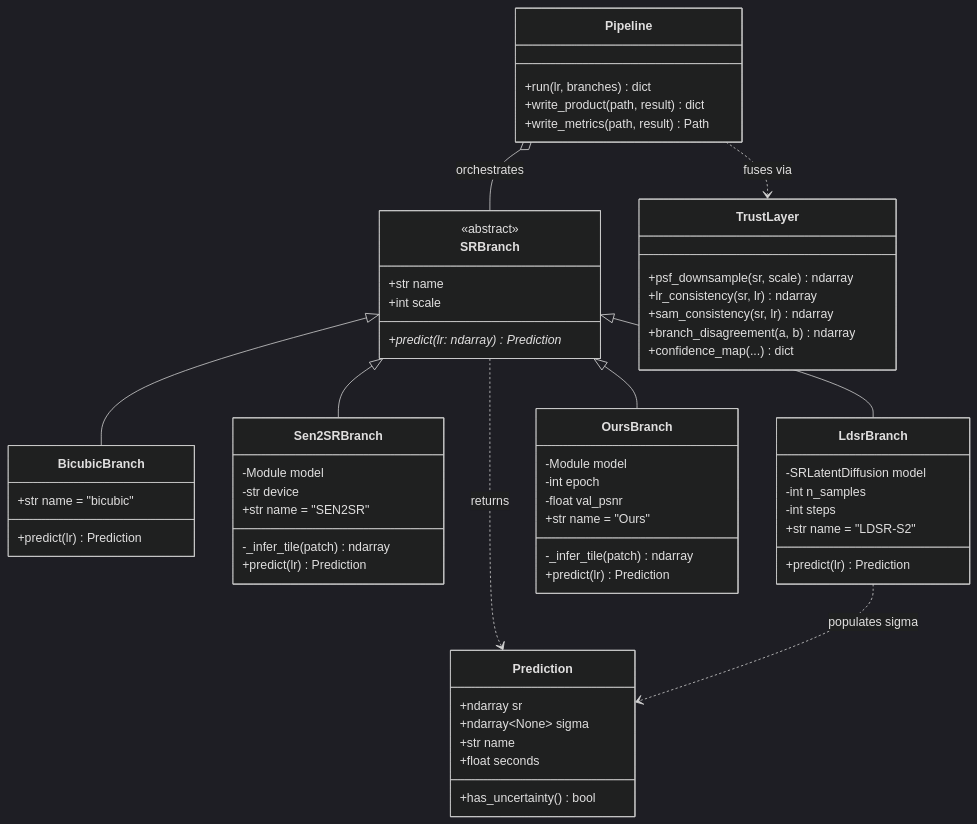
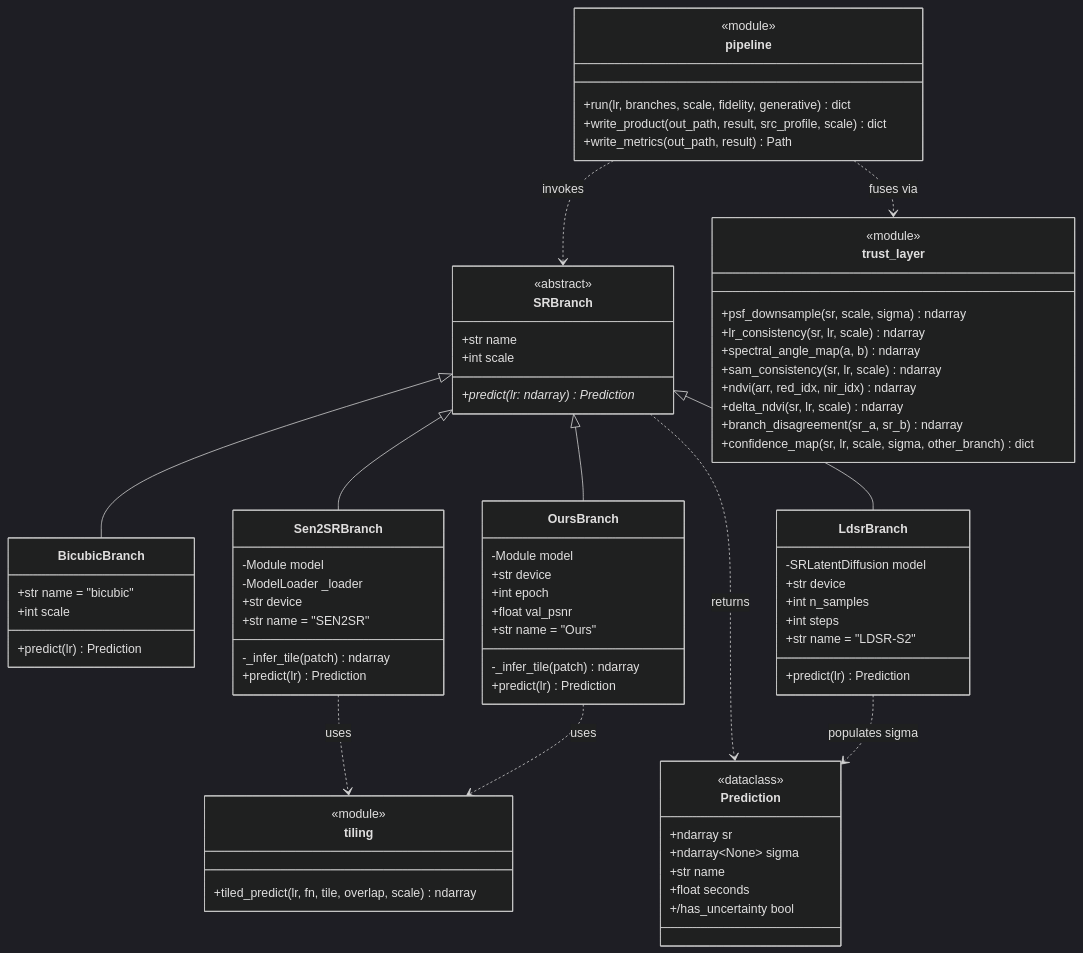
The second of 7 diagrams in docs/diagrams.md (Vaibhav-Verma2115/sutram-srm), drawn with Mermaid (dark theme) before and after one commit. The commit also changed other lines of this file, not shown here.

Commit message:
Correct UML class diagram against actual source
pipeline.py and trust/layer.py are modules of functions, not classes -- now
carry <<module>> stereotypes so a reviewer is not sent looking for types that
do not exist. Also: Pipeline->SRBranch is a dependency not an aggregation
(branches are passed in, not owned); has_uncertainty is a property; device
fields added to Ldsr and Ours; tiling module added as a real dependency of the
two branches that use it.

````diff
--- a/docs/diagrams.md
+++ b/docs/diagrams.md
@@ -70,70 +74,79 @@
 ```mermaid
 classDiagram
     class SRBranch {
         <<abstract>>
         +str name
         +int scale
         +predict(lr: ndarray) Prediction*
     }
-
     class Prediction {
+        <<dataclass>>
         +ndarray sr
         +ndarray~None~ sigma
         +str name
         +float seconds
-        +has_uncertainty() bool
+        +/has_uncertainty bool
     }
-
     class BicubicBranch {
         +str name = "bicubic"
+        +int scale
         +predict(lr) Prediction
     }
-
     class Sen2SRBranch {
         -Module model
-        -str device
+        -ModelLoader _loader
+        +str device
         +str name = "SEN2SR"
         -_infer_tile(patch) ndarray
         +predict(lr) Prediction
     }
-
     class LdsrBranch {
         -SRLatentDiffusion model
-        -int n_samples
-        -int steps
+        +str device
+        +int n_samples
+        +int steps
         +str name = "LDSR-S2"
         +predict(lr) Prediction
     }
-
     class OursBranch {
         -Module model
-        -int epoch
-        -float val_psnr
+        +str device
+        +int epoch
+        +float val_psnr
         +str name = "Ours"
         -_infer_tile(patch) ndarray
         +predict(lr) Prediction
     }
-
-    class TrustLayer {
-        +psf_downsample(sr, scale) ndarray
-        +lr_consistency(sr, lr) ndarray
-        +sam_consistency(sr, lr) ndarray
-        +branch_disagreement(a, b) ndarray
-        +confidence_map(...) dict
+    class pipeline {
+        <<module>>
+        +run(lr, branches, scale, fidelity, generative) dict
+        +write_product(out_path, result, src_profile, scale) dict
+        +write_metrics(out_path, result) Path
     }
-
-    class Pipeline {
-        +run(lr, branches) dict
-        +write_product(path, result) dict
-        +write_metrics(path, result) Path
+    class trust_layer {
+        <<module>>
+        +psf_downsample(sr, scale, sigma) ndarray
+        +lr_consistency(sr, lr, scale) ndarray
+        +spectral_angle_map(a, b) ndarray
+        +sam_consistency(sr, lr, scale) ndarray
+        +ndvi(arr, red_idx, nir_idx) ndarray
+        +delta_ndvi(sr, lr, scale) ndarray
+        +branch_disagreement(sr_a, sr_b) ndarray
+        +confidence_map(sr, lr, scale, sigma, other_branch) dict
+    }
+    class tiling {
+        <<module>>
+        +tiled_predict(lr, fn, tile, overlap, scale) ndarray
     }
 
     SRBranch <|-- BicubicBranch
     SRBranch <|-- Sen2SRBranch
     SRBranch <|-- LdsrBranch
     SRBranch <|-- OursBranch
     SRBranch ..> Prediction : returns
-    Pipeline o-- SRBranch : orchestrates
-    Pipeline ..> TrustLayer : fuses via
     LdsrBranch ..> Prediction : populates sigma
+    pipeline ..> SRBranch : invokes
+    pipeline ..> trust_layer : fuses via
+    Sen2SRBranch ..> tiling : uses
+    OursBranch ..> tiling : uses
 ```
````
